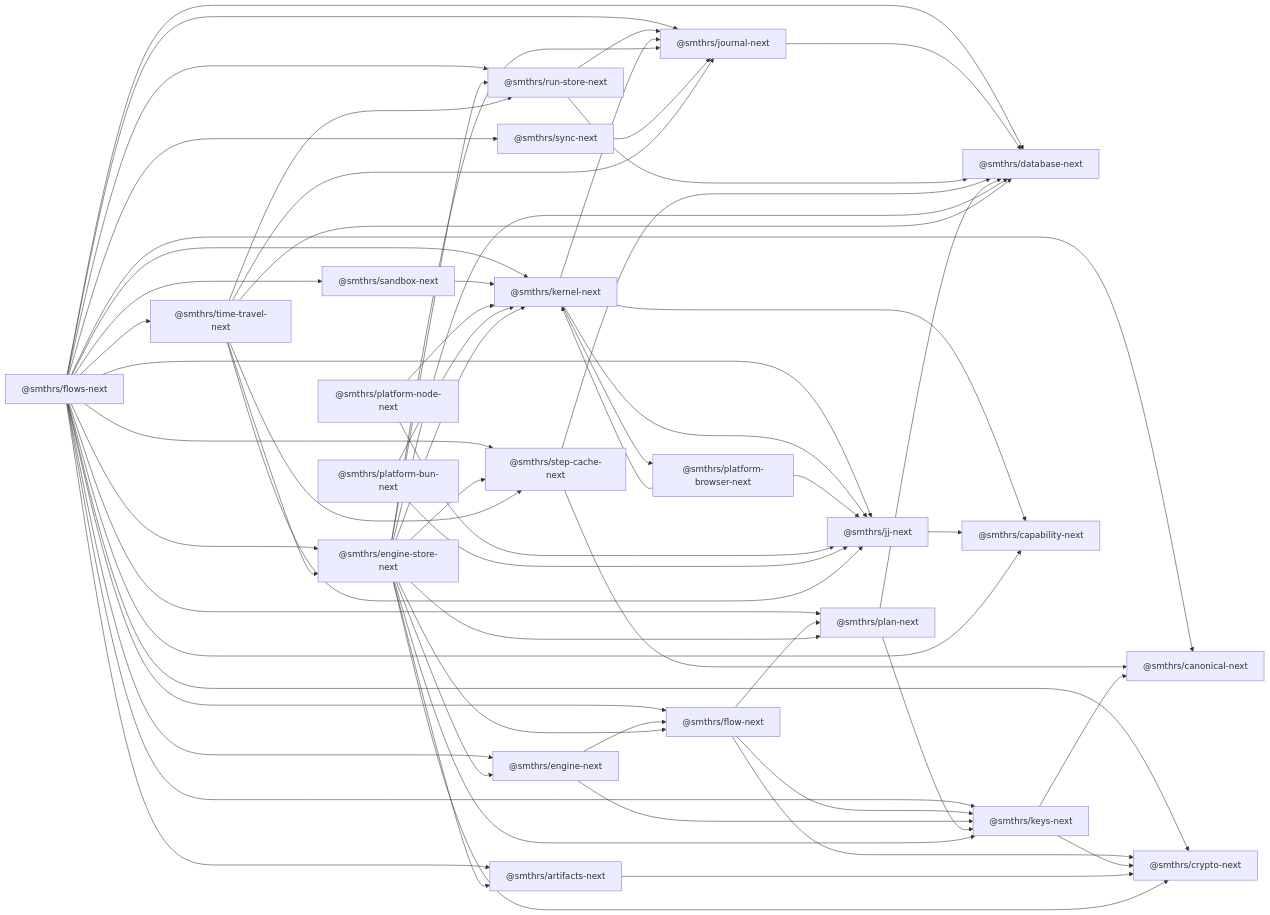
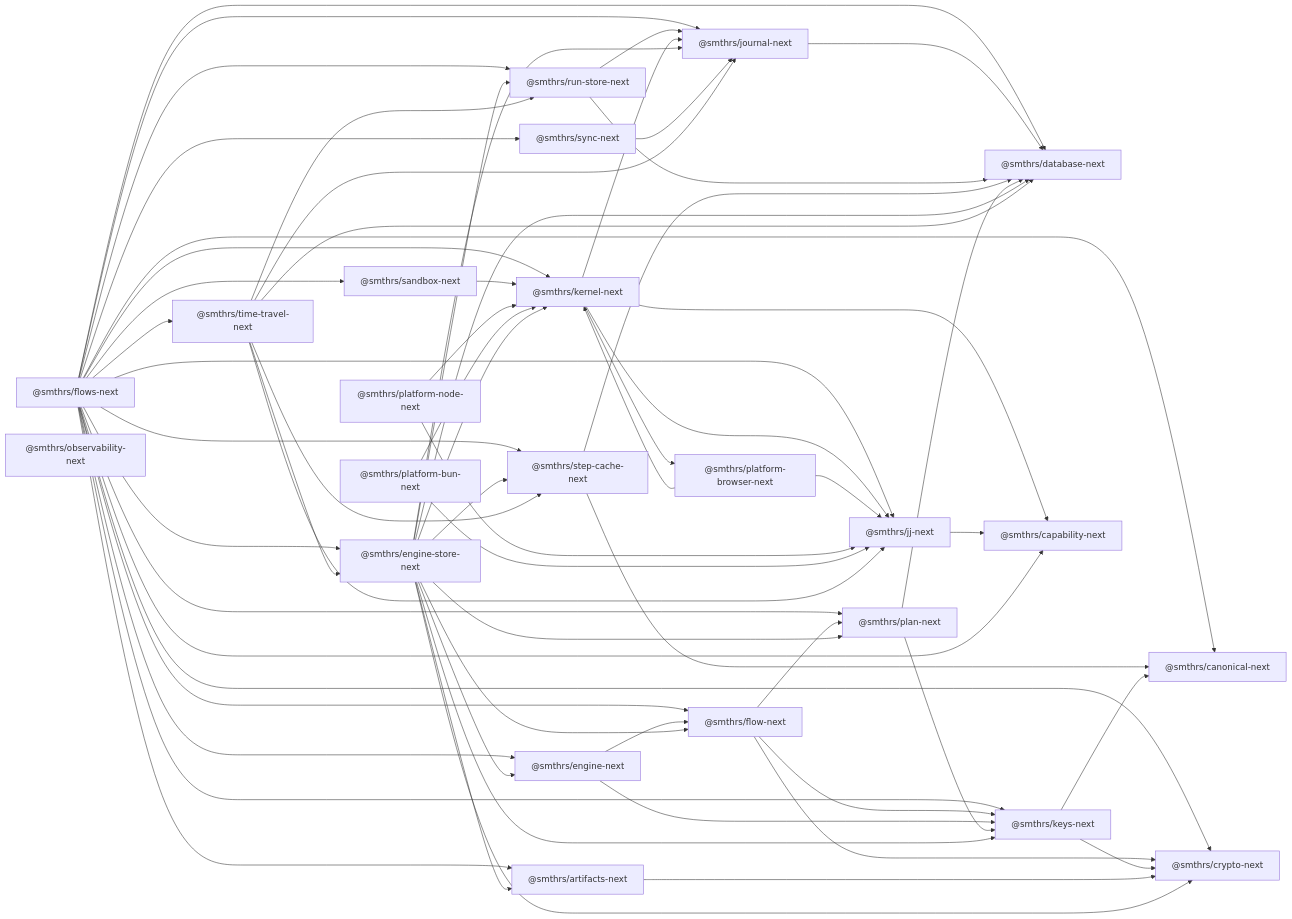
Before and after one commit to smithersai/flows: the diagram in docs/pages/package-structure.md, drawn with Mermaid. The commit also changed other lines of this file and 48 other files, not shown here.

```diff
--- a/docs/pages/package-structure.md
+++ b/docs/pages/package-structure.md
@@ -78,6 +79,7 @@
   CRYPTO["@smthrs/crypto-next"]
   CANONICAL["@smthrs/canonical-next"]
   CAP["@smthrs/capability-next"]
+  OBS["@smthrs/observability-next"]
 
   KERNEL --> CAP
   JJ --> CAP
```
